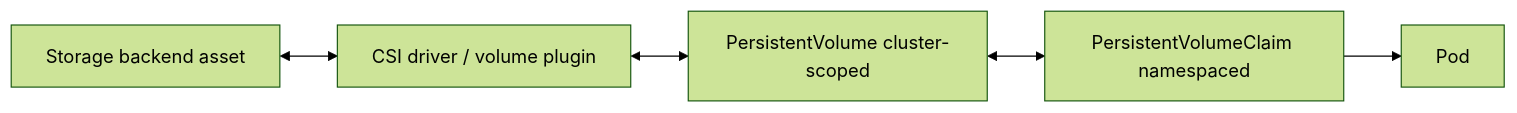
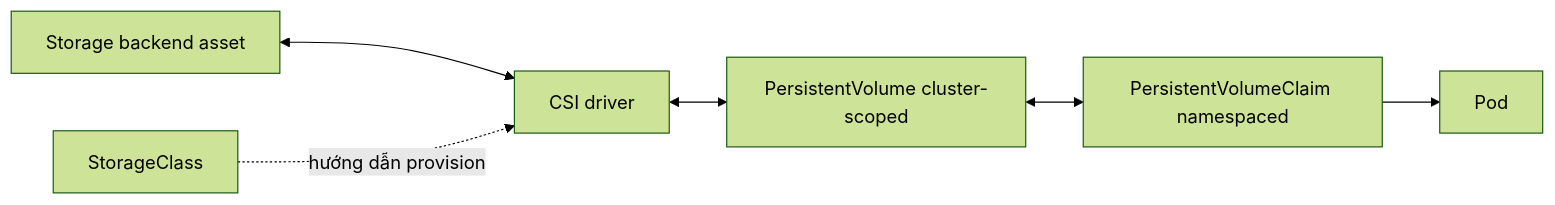
The first of 2 diagrams in content/docs/storage/persistent-volume.md (vanhiep99w/k8s-learn), drawn with Mermaid (forest theme) before and after one commit. The commit also changed other lines of this file and 2 other files, not shown here.

Commit message:
docs: làm rõ PV PVC và StorageClass

````diff
--- a/content/docs/storage/persistent-volume.md
+++ b/content/docs/storage/persistent-volume.md
@@ -31,7 +93,8 @@
 ```mermaid
 flowchart LR
-    B[Storage backend asset] <--> D[CSI driver / volume plugin]
+    B[Storage backend asset] <--> D[CSI driver]
     D <--> PV[PersistentVolume cluster-scoped]
     PV <--> PVC[PersistentVolumeClaim namespaced]
     PVC --> P[Pod]
+    SC[StorageClass] -. hướng dẫn provision .-> D
 ```
````
